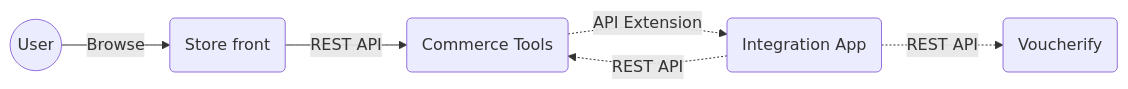
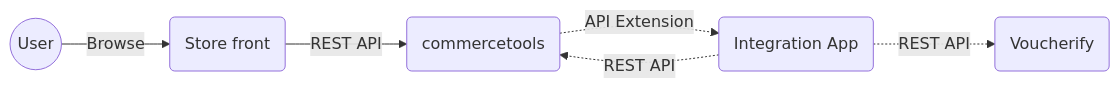
Before and after one commit to voucherifyio/commerce-tools-integration: the diagram in README.md, drawn with Mermaid. The commit also changed other lines of this file, not shown here.

````diff
--- a/README.md
+++ b/README.md
@@ -9,14 +11,14 @@
 ``` mermaid
 graph LR;
     U((User))
     SF(Store front)
-    CT(Commerce Tools)
+    CT(commercetools)
     V(Voucherify)
     I(Integration App)
 
     U-- Browse -->SF
     SF-- REST API -->CT
     CT-. API Extension .->I
     I-. REST API .->CT
     I-.  REST API .->V
 ```
````
